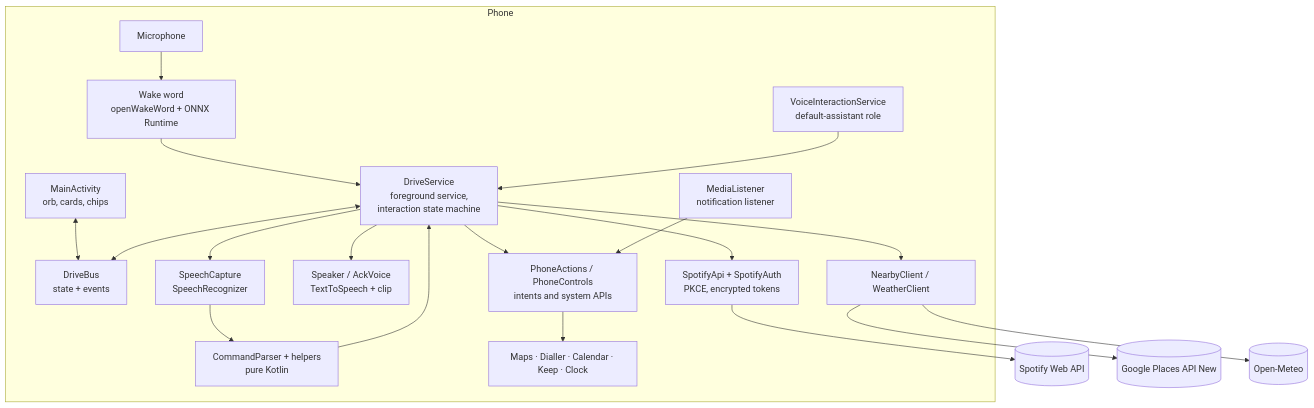
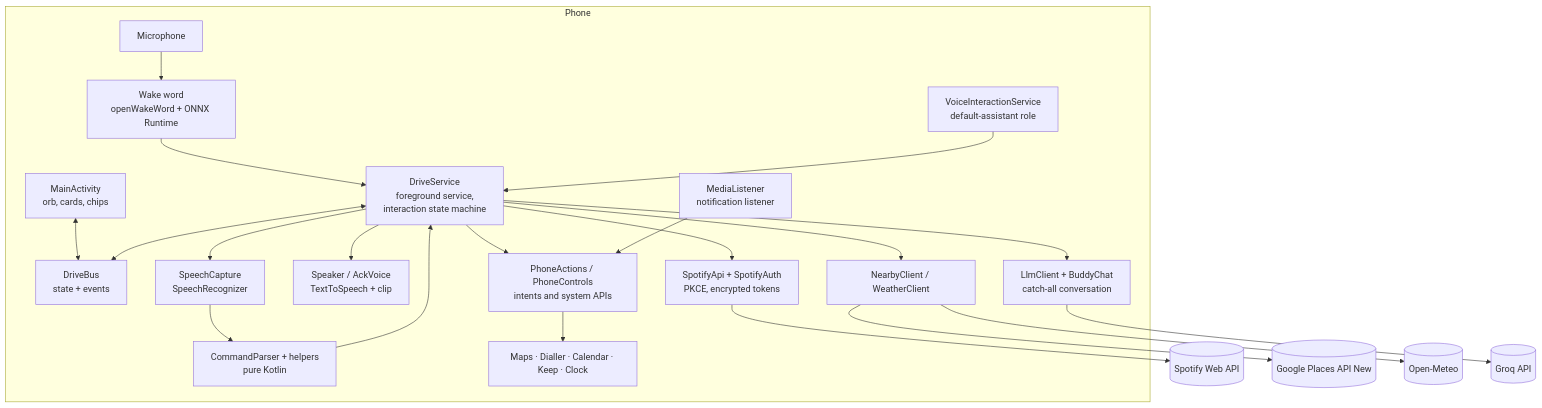
Before and after one commit to Dhar15/DriveBuddy: the diagram in README.md, drawn with Mermaid. The commit also changed other lines of this file, not shown here.

````diff
--- a/README.md
+++ b/README.md
@@ -100,22 +103,24 @@
 ```mermaid
 flowchart TD
     subgraph Phone
         MIC[Microphone] --> WW[Wake word<br/>openWakeWord + ONNX Runtime]
         WW --> SVC
         VIS[VoiceInteractionService<br/>default-assistant role] --> SVC
         UI[MainActivity<br/>orb, cards, chips] <--> BUS[DriveBus<br/>state + events]
         SVC[DriveService<br/>foreground service,<br/>interaction state machine] <--> BUS
         SVC --> STT[SpeechCapture<br/>SpeechRecognizer]
         STT --> PARSE[CommandParser + helpers<br/>pure Kotlin]
         PARSE --> SVC
         SVC --> TTS[Speaker / AckVoice<br/>TextToSpeech + clip]
         SVC --> ACT[PhoneActions / PhoneControls<br/>intents and system APIs]
         SVC --> SP[SpotifyApi + SpotifyAuth<br/>PKCE, encrypted tokens]
         SVC --> NB[NearbyClient / WeatherClient]
+        SVC --> LLM[LlmClient + BuddyChat<br/>catch-all conversation]
         ACT --> APPS[Maps · Dialler · Calendar · Keep · Clock]
         MEDIA[MediaListener<br/>notification listener] --> ACT
     end
     SP --> SPAPI[(Spotify Web API)]
     NB --> PLACES[(Google Places API New)]
     NB --> METEO[(Open-Meteo)]
+    LLM --> GROQ[(Groq API)]
 ```
````
